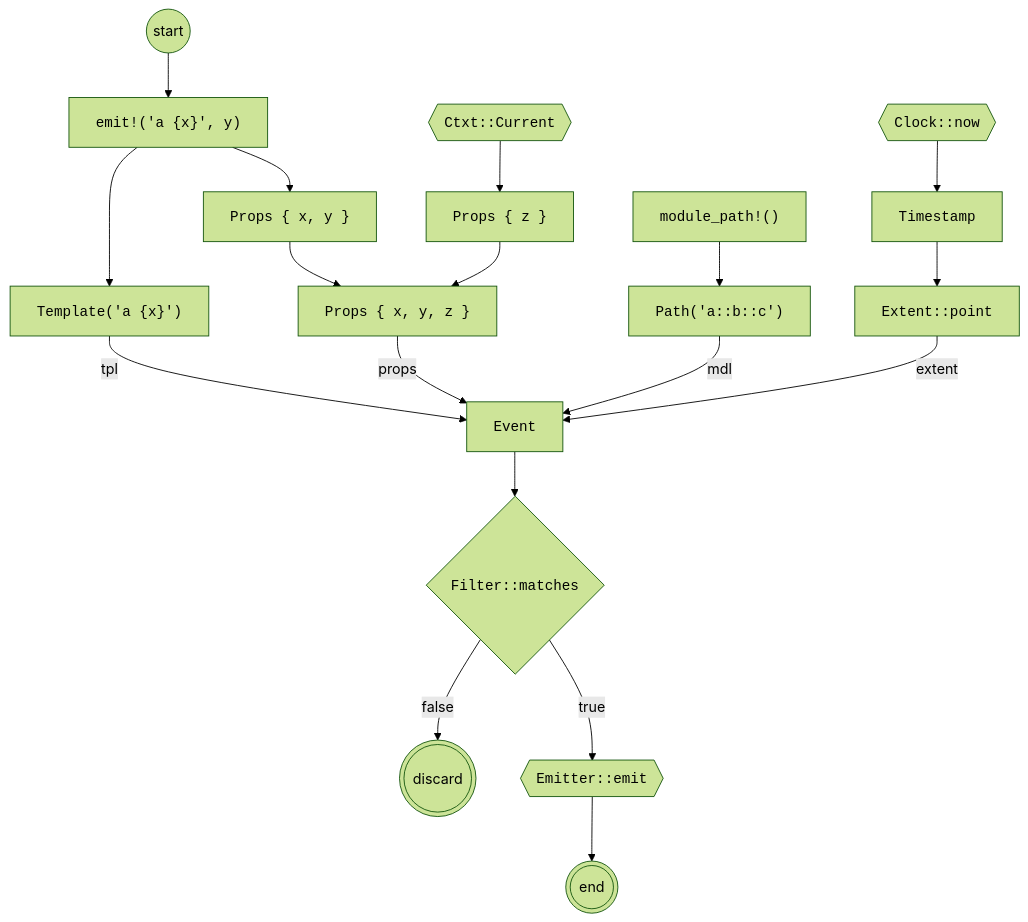
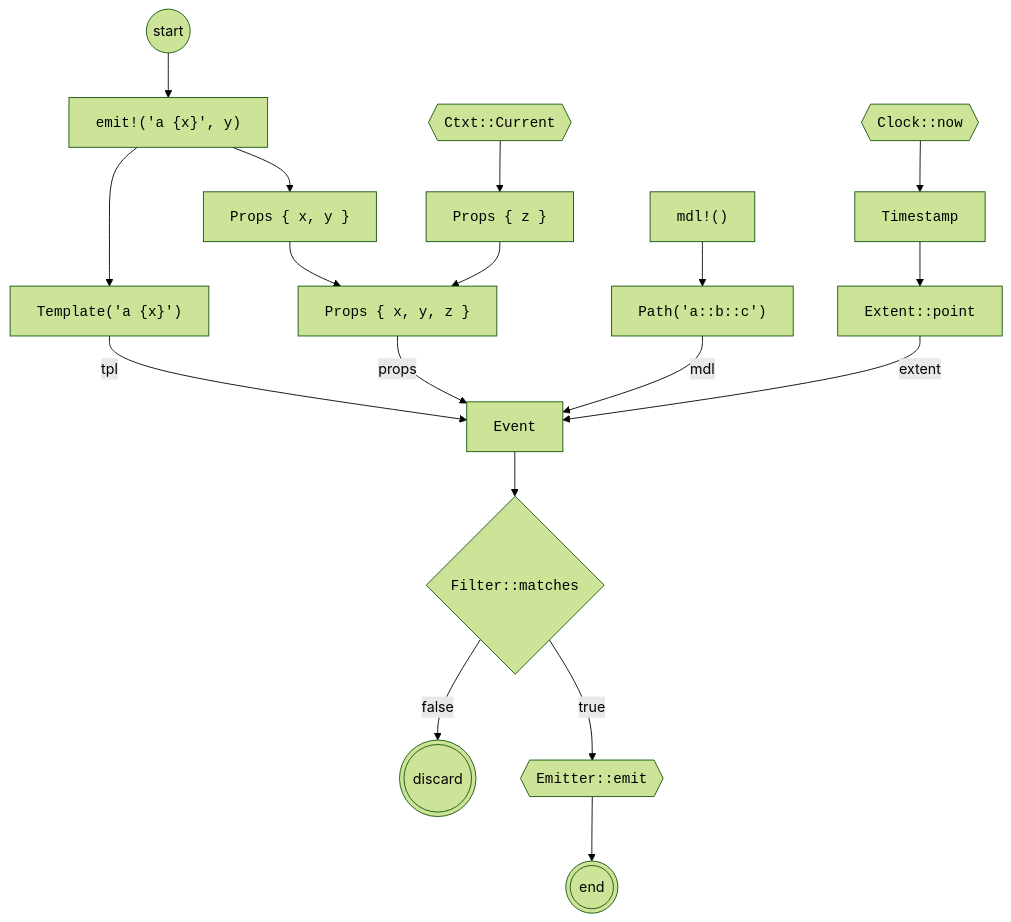
One commit to emit-rs/emit changed the fourth of 5 diagrams in book/src/reference/architecture.md. Above: the diagram before and after it, drawn with Mermaid (forest theme). The commit also changed other lines of this file, not shown here.

Commit message:
add a mermaid diagram for span lifecycle

````diff
--- a/book/src/reference/architecture.md
+++ b/book/src/reference/architecture.md
@@ -226,54 +226,54 @@
 ```mermaid
 flowchart
     start((start)) --> macro["`<code>emit!('a {x}', y)</code>`"]
 
     macro --> tpl["`<code>Template('a {x}')</code>`"]
     macro --> macro_props["`<code>Props { x, y }</code>`"]
     
     ctxt{{"`<code>Ctxt::Current</code>`"}} --> ctxt_props["`<code>Props { z }</code>`"]
     
     props["`<code>Props { x, y, z }</code>`"]
     macro_props --> props
     ctxt_props --> props
 
     clock{{"`<code>Clock::now</code>`"}} --> ts["`<code>Timestamp</code>`"] --> extent["`<code>Extent::point</code>`"]
 
-    mdl_path["`<code>module_path!()</code>`"] --> mdl["`<code>Path('a::b::c')</code>`"]
+    mdl_path["`<code>mdl!()</code>`"] --> mdl["`<code>Path('a::b::c')</code>`"]
 
     event["`<code>Event</code>`"]
     props -- props --> event
     extent -- extent --> event
     tpl -- tpl --> event
     mdl -- mdl --> event
 
     filter{"`<code>Filter::matches</code>`"}
 
     event --> filter
     filter -- false --> filter_no(((discard)))
 
     emitter{{"`<code>Emitter::emit</code>`"}}
 
     filter -- true --> emitter
 
     emitter --> END(((end)))
 
     click macro href "https://docs.rs/emit/0.11.1/emit/macro.emit.html"
 
     click tpl href "https://docs.rs/emit/0.11.1/emit/struct.Template.html"
 
     click macro_props href "https://docs.rs/emit/0.11.1/emit/trait.Props.html"
     click ctxt_props href "https://docs.rs/emit/0.11.1/emit/trait.Props.html"
     click props href "https://docs.rs/emit/0.11.1/emit/trait.Props.html"
 
     click mdl href "https://docs.rs/emit/0.11.1/emit/struct.Path.html"
 
     click ts href "https://docs.rs/emit/0.11.1/emit/struct.Timestamp.html"
     click extent href "https://docs.rs/emit/0.11.1/emit/struct.Extent.html"
 
     click event href "https://docs.rs/emit/0.11.1/emit/struct.Event.html"
 
     click emitter href "https://docs.rs/emit/0.11.1/emit/trait.Emitter.html"
     click filter href "https://docs.rs/emit/0.11.1/emit/trait.Filter.html"
     click ctxt href "https://docs.rs/emit/0.11.1/emit/trait.Ctxt.html"
     click clock href "https://docs.rs/emit/0.11.1/emit/trait.Clock.html"
 ```
````
